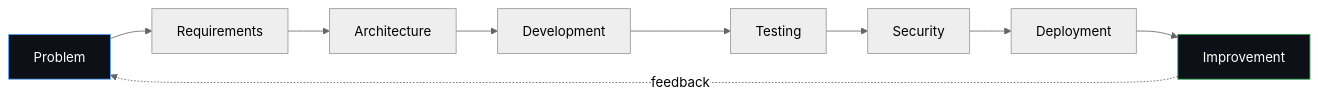
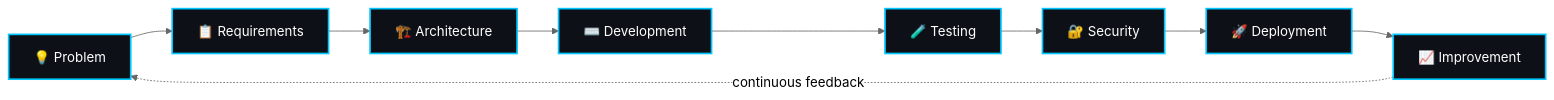
One commit to IamKholofeloPhala/IamKholofeloPhala changed the second of 11 diagrams in README.md. Above: the diagram before and after it, drawn with Mermaid (neutral theme). The commit also changed other lines of this file, not shown here.

````diff
--- a/README.md
+++ b/README.md
@@ -43,14 +58,8 @@
 ```mermaid
 flowchart LR
-    A[Problem] --> B[Requirements]
-    B --> C[Architecture]
-    C --> D[Development]
-    D --> E[Testing]
-    E --> F[Security]
-    F --> G[Deployment]
-    G --> H[Improvement]
-    H -.feedback.-> A
+    A[💡 Problem] --> B[📋 Requirements] --> C[🏗️ Architecture] --> D[⌨️ Development] --> E[🧪 Testing] --> F[🔐 Security] --> G[🚀 Deployment] --> H[📈 Improvement]
+    H -.continuous feedback.-> A
 
-    style A fill:#0d1117,stroke:#58A6FF,color:#fff
-    style H fill:#0d1117,stroke:#2ea44f,color:#fff
+    classDef node fill:#0d1117,stroke:#00c6ff,color:#fff,stroke-width:2px
+    class A,B,C,D,E,F,G,H node
 ```
````
